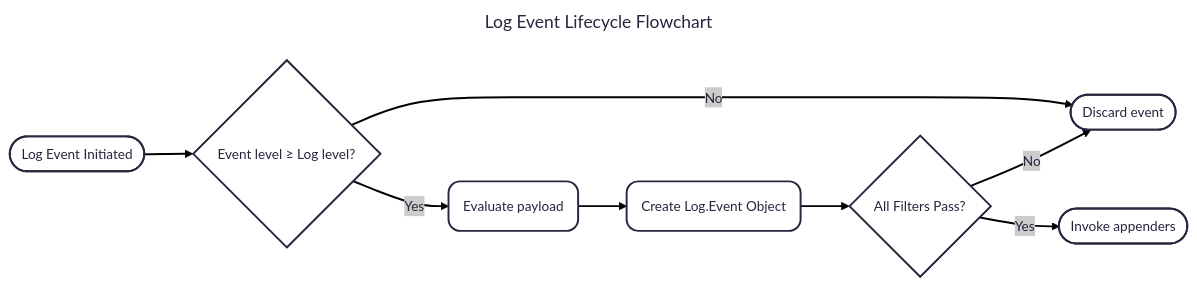
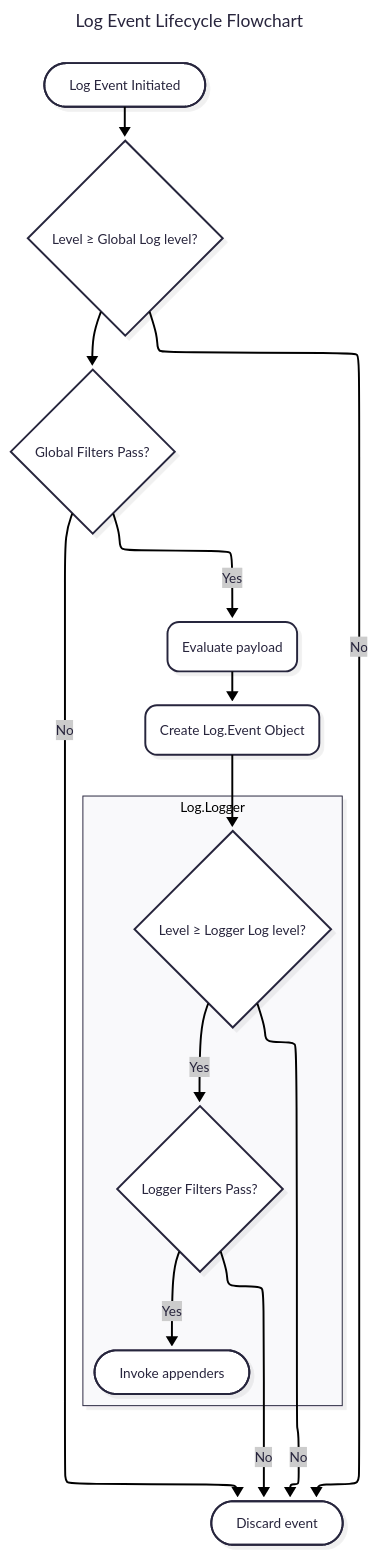
The diagram in README.md (holy-tao/log4ahk), drawn with Mermaid before and after one commit. The commit also changed other lines of this file and 3 other files, not shown here.

Commit message:
Add Log.Logger for more granularity

````diff
--- a/README.md
+++ b/README.md
@@ -116,15 +124,26 @@
 ``` mermaid
 ---
-title: Log Event Lifecycle Flowchart
 config:
   theme: redux
+  layout: elk
+  look: neo
+title: Log Event Lifecycle Flowchart
 ---
-flowchart LR 
-    Start(["Log Event Initiated"]) --> Level{"Event level ≥ Log level?"}
-    Level -- No --> Stop(["Stop"])
-    Level -- Yes --> Payload("Evaluate payload")
+flowchart TB
+ subgraph s1["Log.Logger"]
+        LoggerLevel{"Level ≥ Logger Log level?"}
+        LoggerFilters{"Logger Filters Pass?"}
+        Append(["Invoke appenders"])
+  end
+    LoggerFilters -- Yes --> Append
+    LoggerFilters -- No --> Stop(["Discard event"])
+    LoggerLevel -- No ---> Stop
+    LoggerLevel -- Yes --> LoggerFilters
+    Start(["Log Event Initiated"]) --> Level{"Level ≥ Global Log level?"}
+    Level --> GlobalFilters{"Global Filters Pass?"}
+    Level -- No --> Stop
+    GlobalFilters -- No --> Stop
+    GlobalFilters -- Yes --> Payload("Evaluate payload")
     Payload --> Object("Create Log.Event Object")
-    Object --> Filters{"All Filters Pass?"}
-    Filters -- No --> Stop(["Discard event"])
-    Filters -- Yes --> Append(["Invoke appenders"])
+    Object --> LoggerLevel
 ```
````
